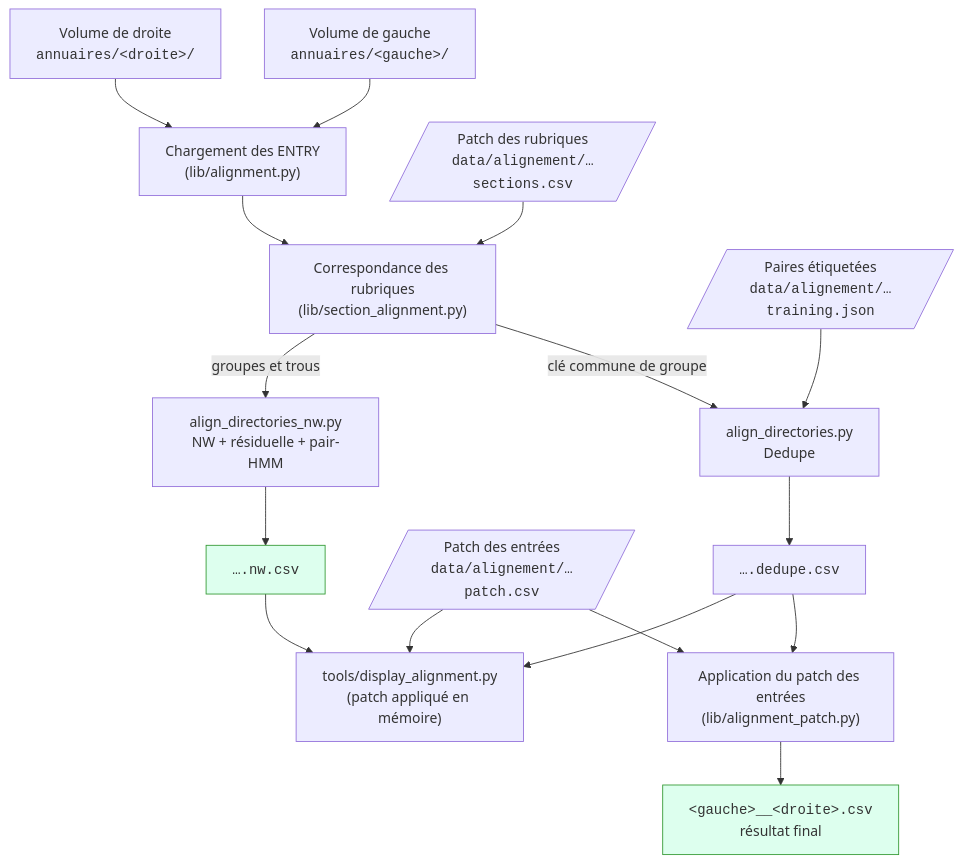
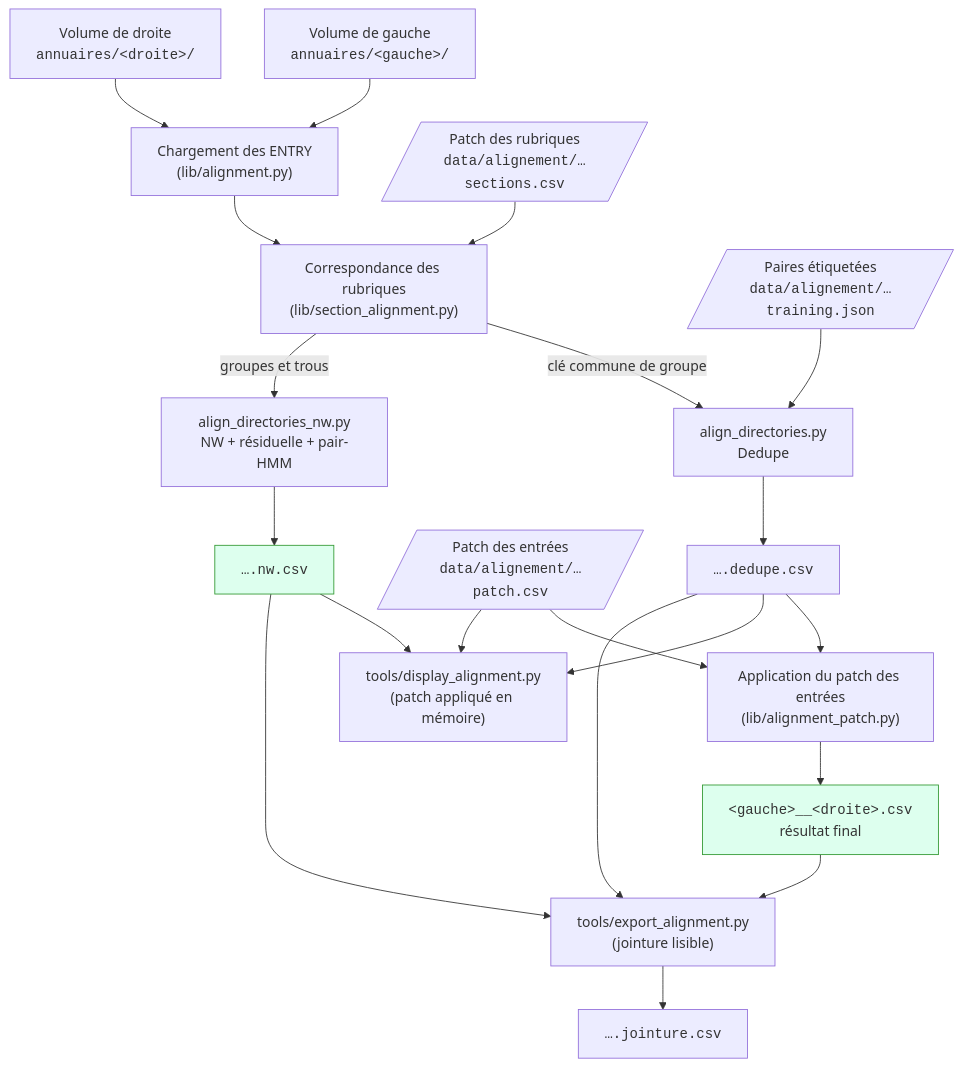
The fourth of 4 diagrams in docs/pipeline.md (HueyNemud/adresses_revolutionnaires), drawn with Mermaid before and after one commit. The commit also changed other lines of this file and 6 other files, not shown here.

First line of the commit message:
Export the joined aligned directories as a readable CSV

````diff
--- a/docs/pipeline.md
+++ b/docs/pipeline.md
@@ -386,22 +386,26 @@
 ```mermaid
 flowchart TD
     L["Volume de gauche<br/><code>annuaires/&lt;gauche&gt;/</code>"] --> R
     Rt["Volume de droite<br/><code>annuaires/&lt;droite&gt;/</code>"] --> R
     R["Chargement des ENTRY<br/>(lib/alignment.py)"] --> S
     SP[/"Patch des rubriques<br/><code>data/alignement/…sections.csv</code>"/] --> S
     S["Correspondance des rubriques<br/>(lib/section_alignment.py)"]
     S -->|"clé commune de groupe"| D["align_directories.py<br/>Dedupe"]
     TJ[/"Paires étiquetées<br/><code>data/alignement/…training.json</code>"/] --> D
     D --> DC["<code>….dedupe.csv</code>"]
     DC --> AP["Application du patch des entrées<br/>(lib/alignment_patch.py)"]
     EP[/"Patch des entrées<br/><code>data/alignement/…patch.csv</code>"/] --> AP
     AP --> F["<code>&lt;gauche&gt;__&lt;droite&gt;.csv</code><br/>résultat final"]
     S -->|"groupes et trous"| N["align_directories_nw.py<br/>NW + résiduelle + pair-HMM"]
     N --> NC["<code>….nw.csv</code>"]
     DC --> V["tools/display_alignment.py<br/>(patch appliqué en mémoire)"]
     NC --> V
     EP --> V
+    DC --> X["tools/export_alignment.py<br/>(jointure lisible)"]
+    NC --> X
+    F --> X
+    X --> XC["<code>….jointure.csv</code>"]
 
     style F fill:#dfe,stroke:#393
     style NC fill:#dfe,stroke:#393
 ```
````
